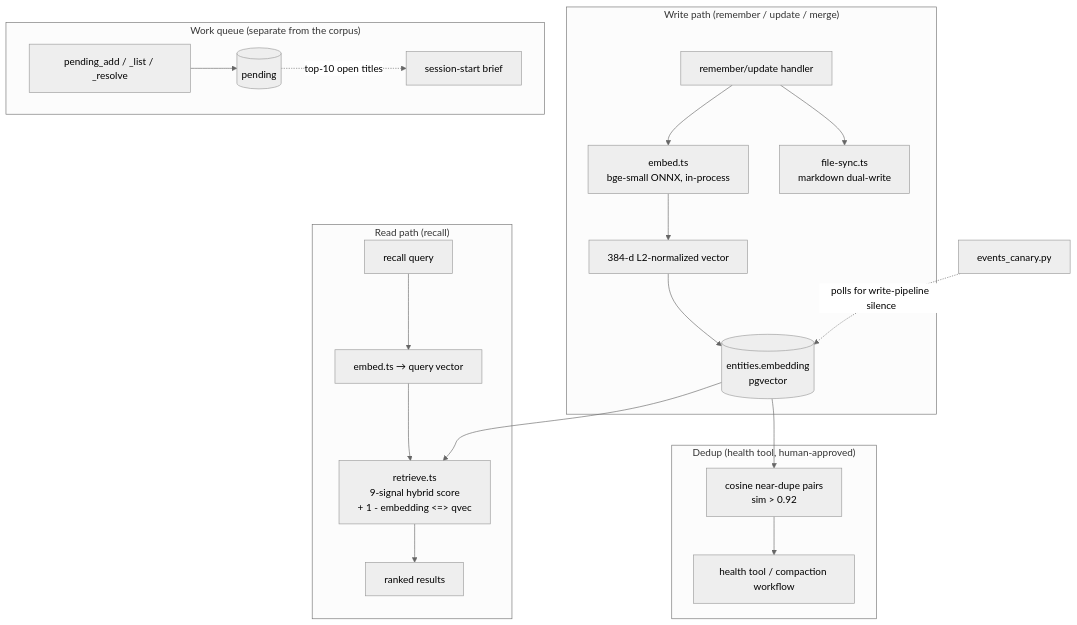
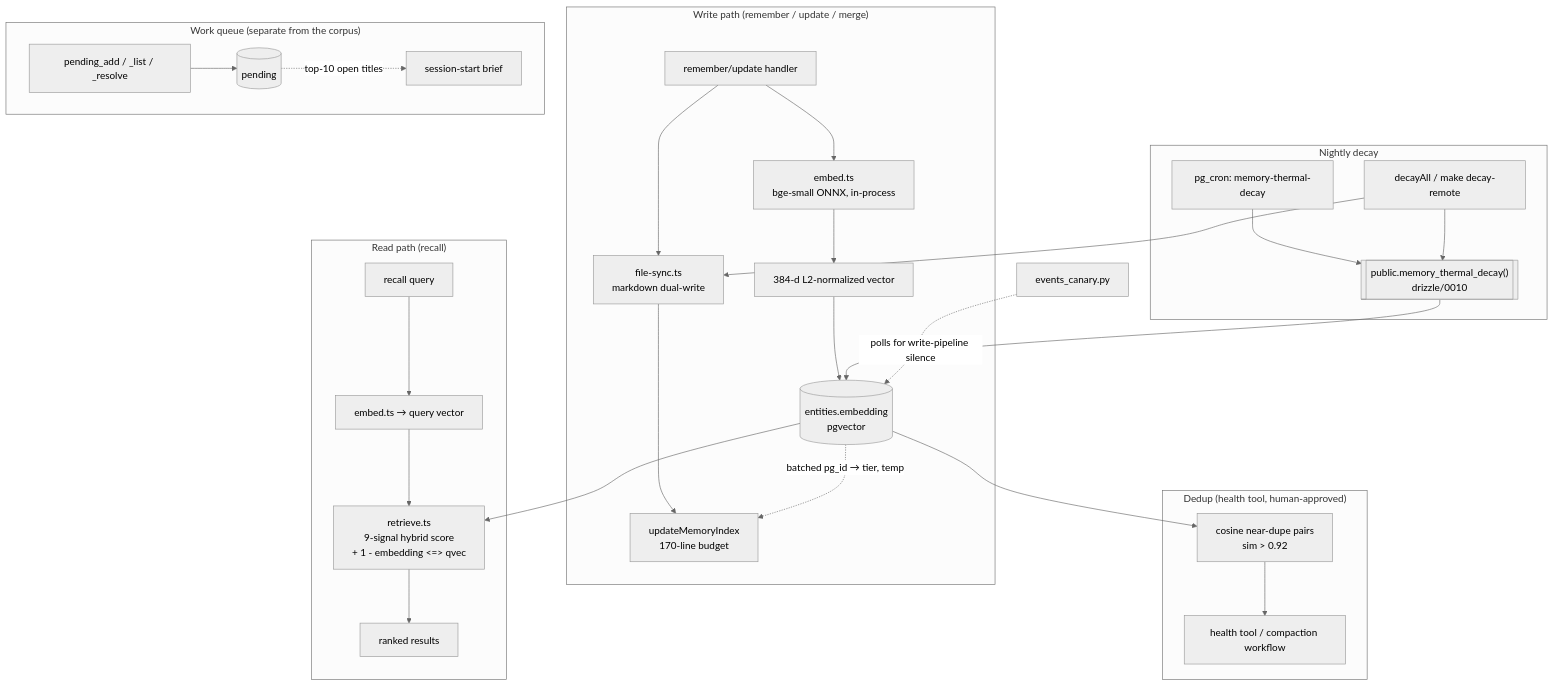
One commit to effecet/memory-persistor changed the first of 2 diagrams in docs/architecture.md. Above: the diagram before and after it, drawn with Mermaid (neutral theme). The commit also changed other lines of this file and 1 other file, not shown here.

Commit message:
[docs] feat: document the versioned decay job, index budget, and summary cap

````diff
--- a/docs/architecture.md
+++ b/docs/architecture.md
@@ -16,28 +16,37 @@
 ```mermaid
 flowchart TD
     subgraph write["Write path (remember / update / merge)"]
         R[remember/update handler] --> E[embed.ts<br/>bge-small ONNX, in-process]
         E --> V[384-d L2-normalized vector]
         V --> PG[(entities.embedding<br/>pgvector)]
         R --> FS[file-sync.ts<br/>markdown dual-write]
+        FS --> IDX[updateMemoryIndex<br/>170-line budget]
+        PG -.->|batched pg_id &rarr; tier, temp| IDX
+    end
+
+    subgraph decay["Nightly decay"]
+        CRON[pg_cron: memory-thermal-decay] --> FN[["public.memory_thermal_decay()<br/>drizzle/0010"]]
+        FN --> PG
+        DA[decayAll / make decay-remote] --> FN
+        DA --> FS
     end
 
     subgraph read["Read path (recall)"]
         Q[recall query] --> QE[embed.ts &rarr; query vector]
         QE --> SCORE[retrieve.ts<br/>9-signal hybrid score<br/>+ 1 - embedding &lt;=&gt; qvec]
         PG --> SCORE
         SCORE --> RES[ranked results]
     end
 
     subgraph dedup["Dedup (health tool, human-approved)"]
         PG --> COS[cosine near-dupe pairs<br/>sim &gt; 0.92]
         COS --> HC[health tool / compaction workflow]
     end
 
     subgraph queue["Work queue (separate from the corpus)"]
         PA[pending_add / _list / _resolve] --> PQ[(pending)]
         PQ -.->|top-10 open titles| BRIEF[session-start brief]
     end
 
     monitor[events_canary.py] -. polls for write-pipeline silence .-> PG
 ```
````
